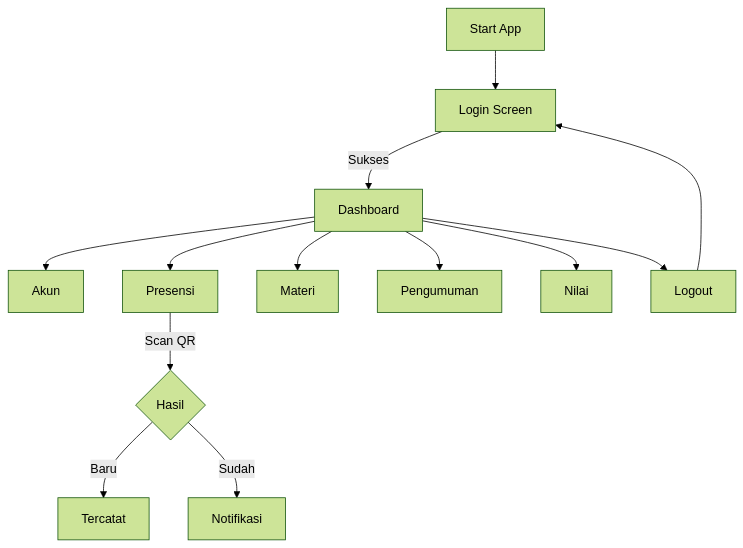
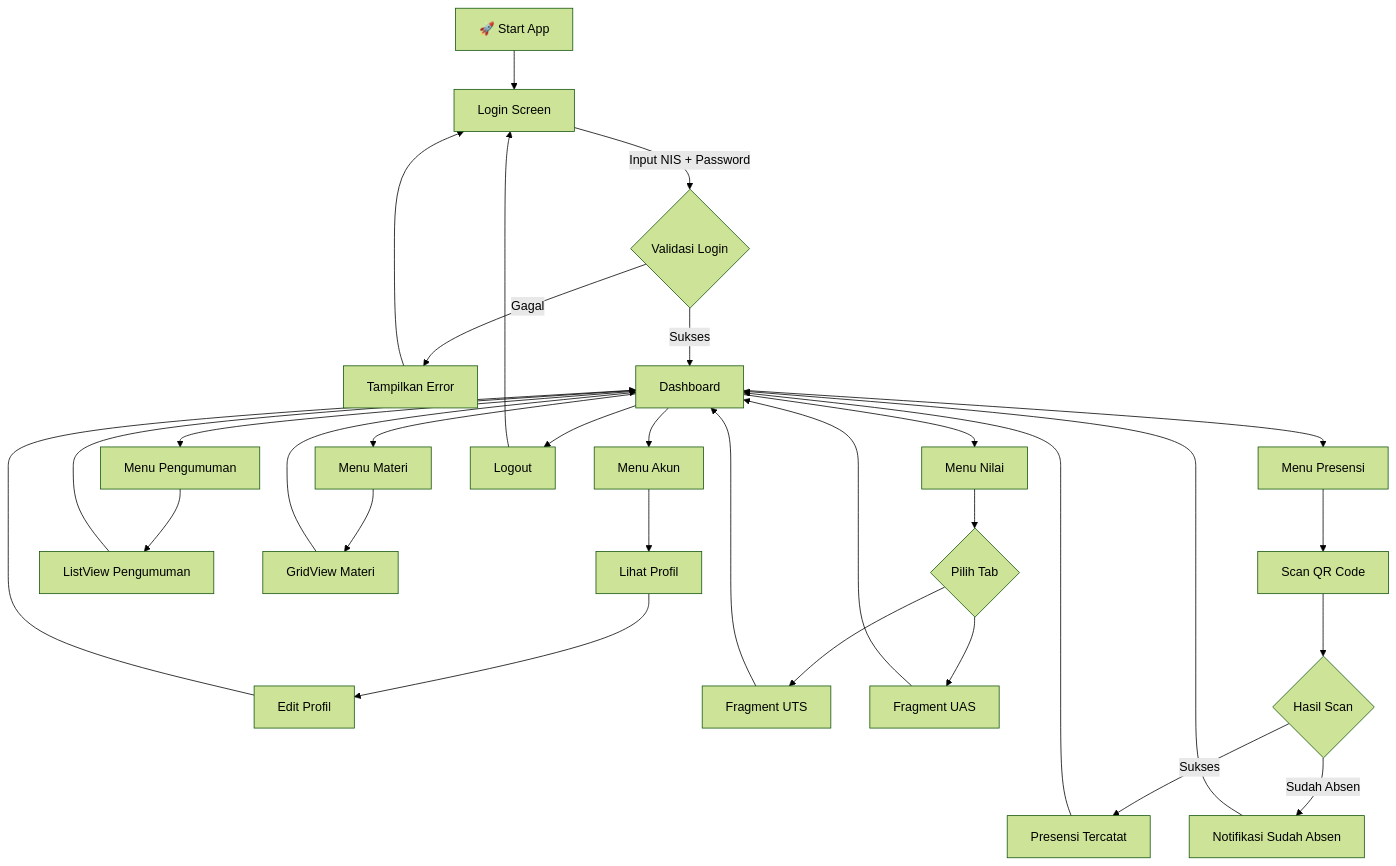
Before and after one commit to litelmurpi/azfa: the sixth of 7 diagrams in laporan_lengkap_bp2_amikom.md, drawn with Mermaid (forest theme). The commit also changed other lines of this file, not shown here.

````diff
--- a/laporan_lengkap_bp2_amikom.md
+++ b/laporan_lengkap_bp2_amikom.md
@@ -200,17 +823,40 @@
 ```mermaid
 flowchart TD
-    A[Start App] --> B[Login Screen]
-    B -->|Sukses| C[Dashboard]
-    C --> D[Akun]
-    C --> E[Presensi]
-    C --> F[Materi]
-    C --> G[Pengumuman]
-    C --> H[Nilai]
-    C --> I[Logout]
+    A[🚀 Start App] --> B[Login Screen]
+    B -->|Input NIS + Password| C{Validasi Login}
+    C -->|Gagal| D[Tampilkan Error]
+    D --> B
+    C -->|Sukses| E[Dashboard]
 
-    E -->|Scan QR| J{Hasil}
-    J -->|Baru| K[Tercatat]
-    J -->|Sudah| L[Notifikasi]
+    E --> F[Menu Akun]
+    E --> G[Menu Pengumuman]
+    E --> H[Menu Materi]
+    E --> I[Menu Nilai]
+    E --> J[Menu Presensi]
+    E --> K[Logout]
 
-    I --> B
+    F --> F1[Lihat Profil]
+    F1 --> F2[Edit Profil]
+    F2 --> E
+
+    G --> G1[ListView Pengumuman]
+    G1 --> E
+
+    H --> H1[GridView Materi]
+    H1 --> E
+
+    I --> I1{Pilih Tab}
+    I1 --> I2[Fragment UTS]
+    I1 --> I3[Fragment UAS]
+    I2 --> E
+    I3 --> E
+
+    J --> J1[Scan QR Code]
+    J1 --> J2{Hasil Scan}
+    J2 -->|Sukses| J3[Presensi Tercatat]
+    J2 -->|Sudah Absen| J4[Notifikasi Sudah Absen]
+    J3 --> E
+    J4 --> E
+
+    K --> B
 ```
````
